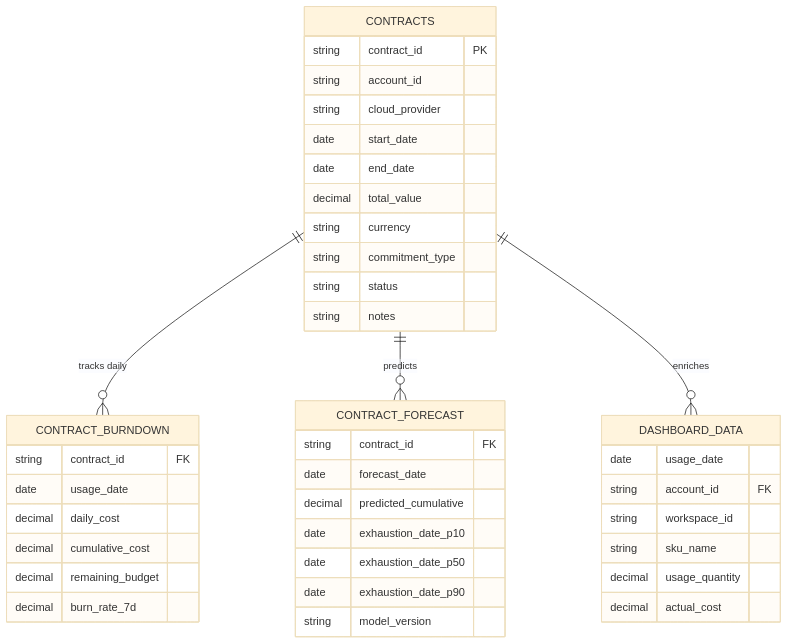
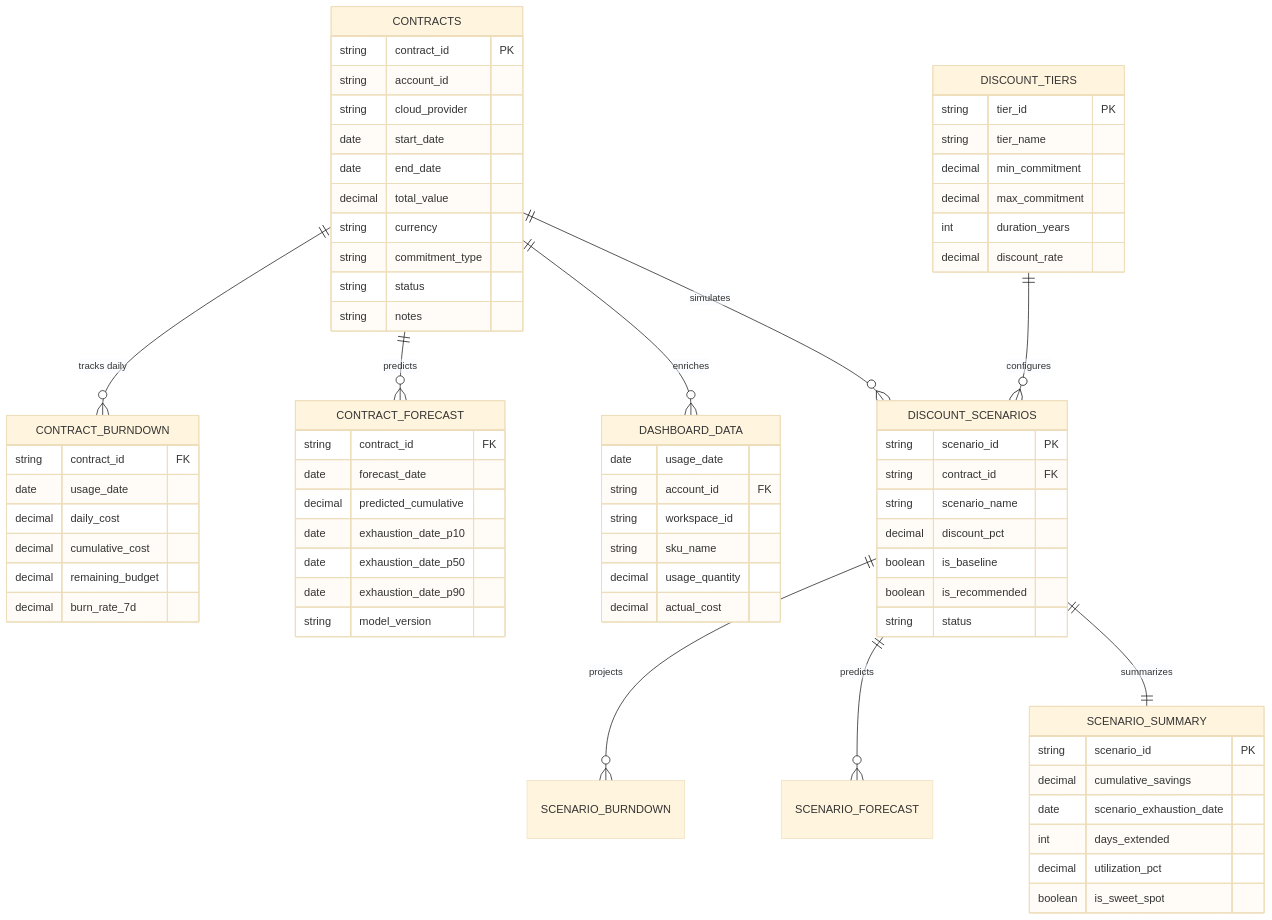
The third of 8 diagrams in README.md (LaurentPRAT-DB/ACME_Workspace_Usage_Dashboard), drawn with Mermaid (base theme) before and after one commit. The commit also changed other lines of this file, not shown here.

````diff
--- a/README.md
+++ b/README.md
@@ -214,47 +216,80 @@
 ```mermaid
 erDiagram
     CONTRACTS ||--o{ CONTRACT_BURNDOWN : "tracks daily"
     CONTRACTS ||--o{ CONTRACT_FORECAST : "predicts"
     CONTRACTS ||--o{ DASHBOARD_DATA : "enriches"
+    CONTRACTS ||--o{ DISCOUNT_SCENARIOS : "simulates"
+    DISCOUNT_TIERS ||--o{ DISCOUNT_SCENARIOS : "configures"
+    DISCOUNT_SCENARIOS ||--o{ SCENARIO_BURNDOWN : "projects"
+    DISCOUNT_SCENARIOS ||--o{ SCENARIO_FORECAST : "predicts"
+    DISCOUNT_SCENARIOS ||--|| SCENARIO_SUMMARY : "summarizes"
 
     CONTRACTS {
         string contract_id PK
         string account_id
         string cloud_provider
         date start_date
         date end_date
         decimal total_value
         string currency
         string commitment_type
         string status
         string notes
     }
 
     CONTRACT_BURNDOWN {
         string contract_id FK
         date usage_date
         decimal daily_cost
         decimal cumulative_cost
         decimal remaining_budget
         decimal burn_rate_7d
     }
 
     CONTRACT_FORECAST {
         string contract_id FK
         date forecast_date
         decimal predicted_cumulative
         date exhaustion_date_p10
         date exhaustion_date_p50
         date exhaustion_date_p90
         string model_version
     }
 
     DASHBOARD_DATA {
         date usage_date
         string account_id FK
         string workspace_id
         string sku_name
         decimal usage_quantity
         decimal actual_cost
     }
+
+    DISCOUNT_TIERS {
+        string tier_id PK
+        string tier_name
+        decimal min_commitment
+        decimal max_commitment
+        int duration_years
+        decimal discount_rate
+    }
+
+    DISCOUNT_SCENARIOS {
+        string scenario_id PK
+        string contract_id FK
+        string scenario_name
+        decimal discount_pct
+        boolean is_baseline
+        boolean is_recommended
+        string status
+    }
+
+    SCENARIO_SUMMARY {
+        string scenario_id PK
+        decimal cumulative_savings
+        date scenario_exhaustion_date
+        int days_extended
+        decimal utilization_pct
+        boolean is_sweet_spot
+    }
 ```
````
